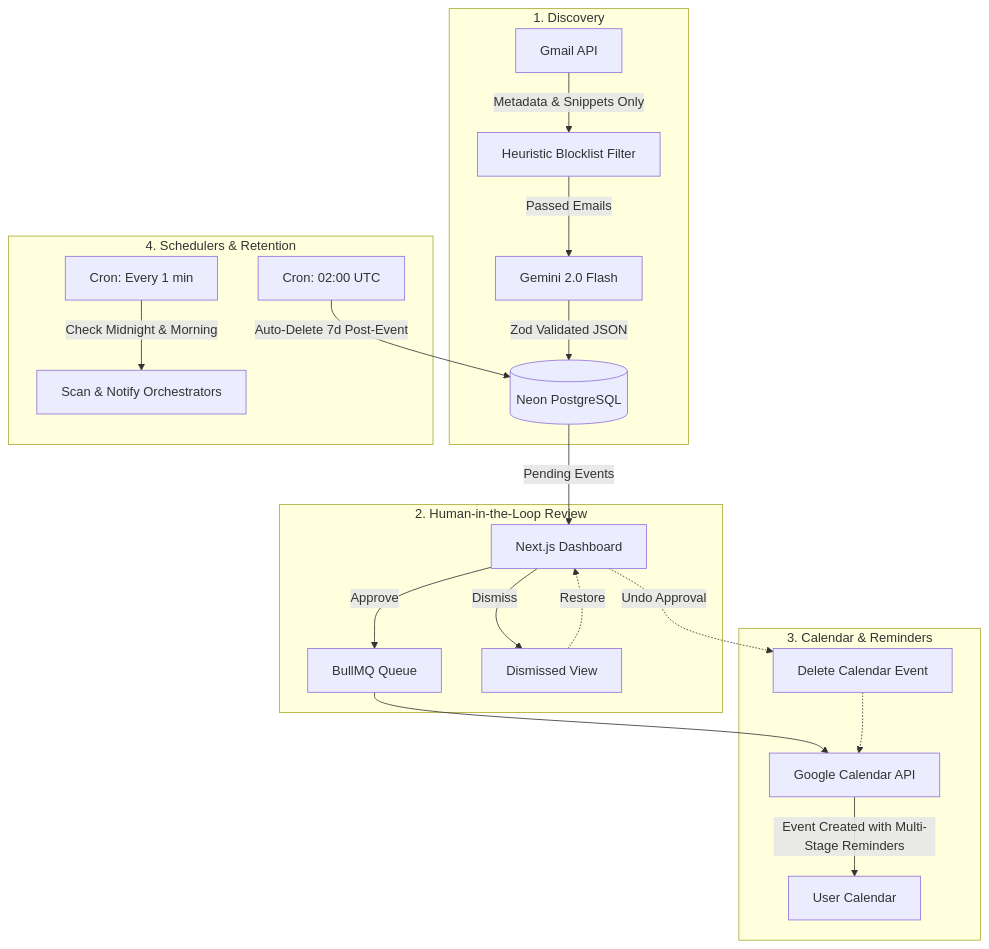
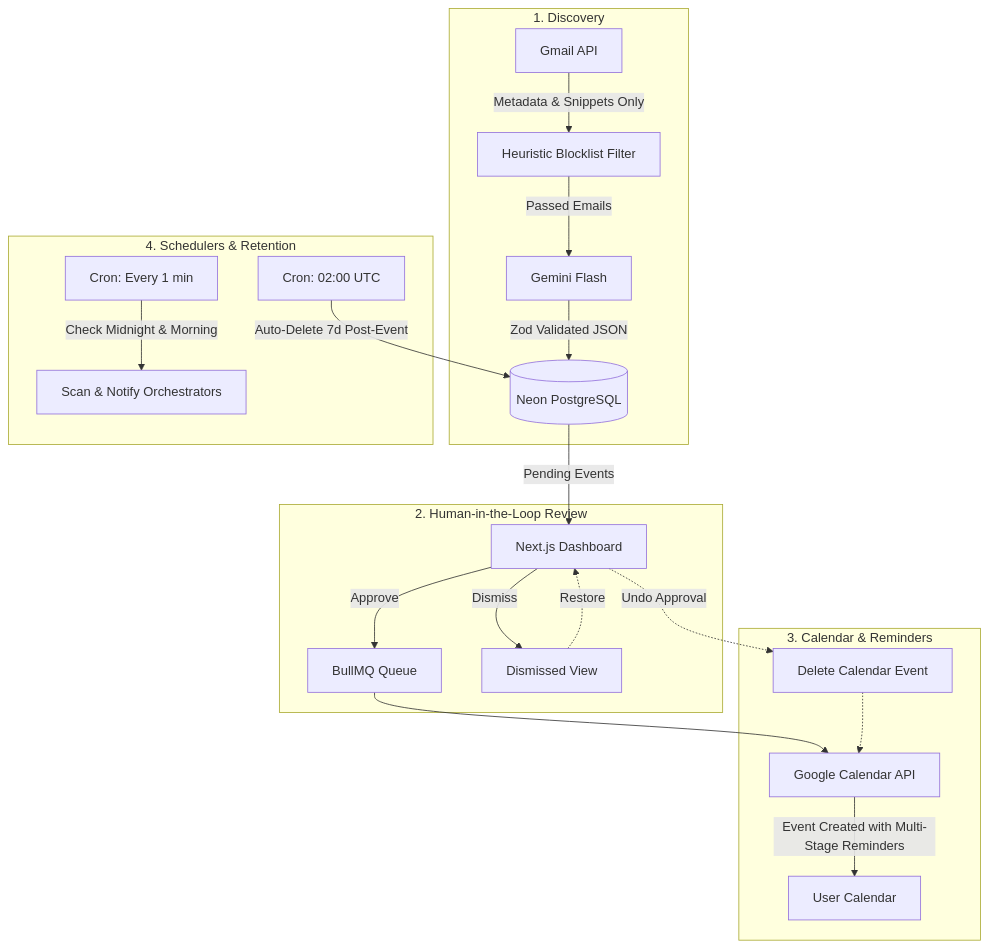
One commit to i-am-Shekinah/nudge changed the diagram in README.md. Above: the diagram before and after it, drawn with Mermaid. The commit also changed other lines of this file and 16 other files, not shown here.

````diff
--- a/README.md
+++ b/README.md
@@ -99,27 +99,27 @@
 ```mermaid
 flowchart TD
     subgraph Ingestion ["1. Discovery"]
         A[Gmail API] -->|Metadata & Snippets Only| B[Heuristic Blocklist Filter]
-        B -->|Passed Emails| C[Gemini 2.0 Flash]
+        B -->|Passed Emails| C[Gemini Flash]
         C -->|Zod Validated JSON| D[(Neon PostgreSQL)]
     end
 
     subgraph Review ["2. Human-in-the-Loop Review"]
         D -->|Pending Events| E[Next.js Dashboard]
         E -->|Approve| F[BullMQ Queue]
         E -->|Dismiss| G[Dismissed View]
         G -.->|Restore| E
     end
 
     subgraph Sync ["3. Calendar & Reminders"]
         F --> H[Google Calendar API]
         H -->|Event Created with Multi-Stage Reminders| I[User Calendar]
         E -.->|Undo Approval| J[Delete Calendar Event]
         J -.-> H
     end
 
     subgraph Automation ["4. Schedulers & Retention"]
         K[Cron: Every 1 min] -->|Check Midnight & Morning| L[Scan & Notify Orchestrators]
         M[Cron: 02:00 UTC] -->|Auto-Delete 7d Post-Event| D
     end
 ```
````
